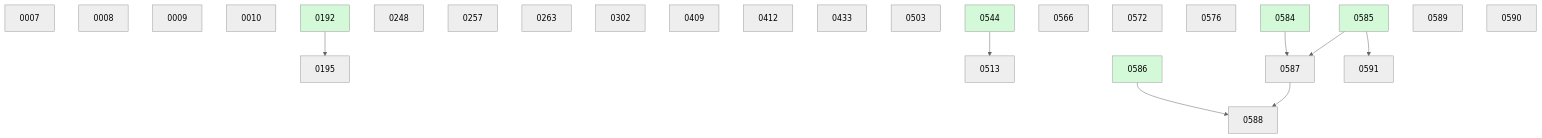
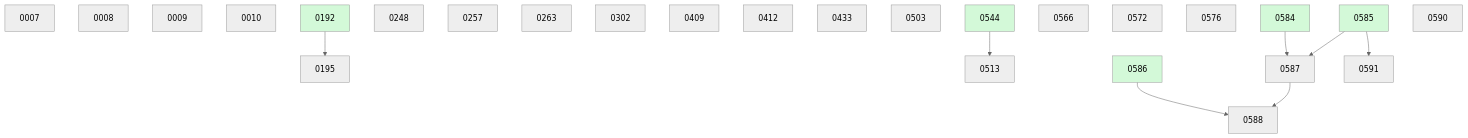
Before and after one commit to danielhanold/docket: the diagram in docs/changes/BOARD.md, drawn with Mermaid (neutral theme). The commit also changed other lines of this file and 4 other files, not shown here.

````diff
--- a/docs/changes/BOARD.md
+++ b/docs/changes/BOARD.md
@@ -42,33 +36,32 @@
 ```mermaid
 graph TD
   0007
   0008
   0009
   0010
   0192 --> 0195
   0248
   0257
   0263
   0302
   0409
   0412
   0433
   0503
   0544 --> 0513
   0566
   0572
   0576
   0584 --> 0587
   0585 --> 0587
   0586 --> 0588
   0587 --> 0588
-  0589
   0590
   0585 --> 0591
   0192:::done
   0544:::done
   0584:::done
   0585:::done
   0586:::done
   classDef done fill:#d3f9d8;
 ```
````
